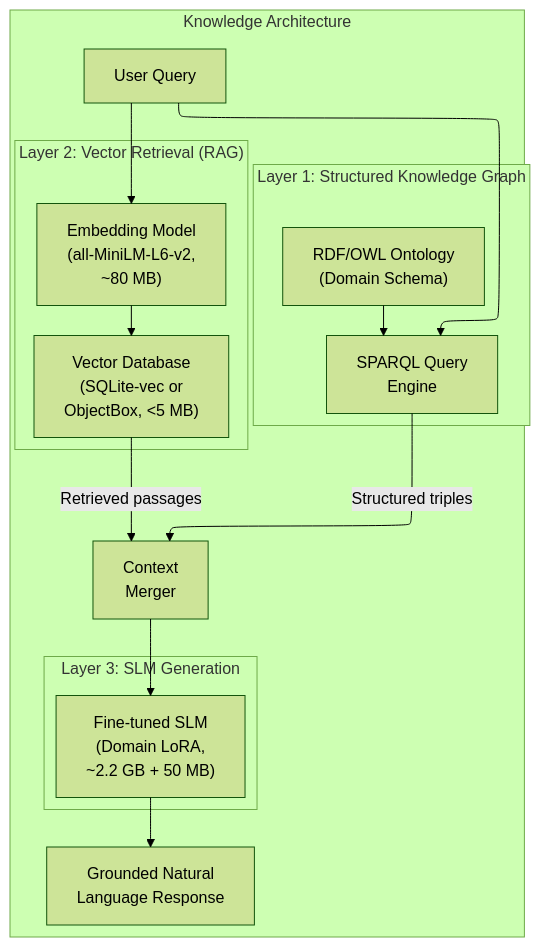
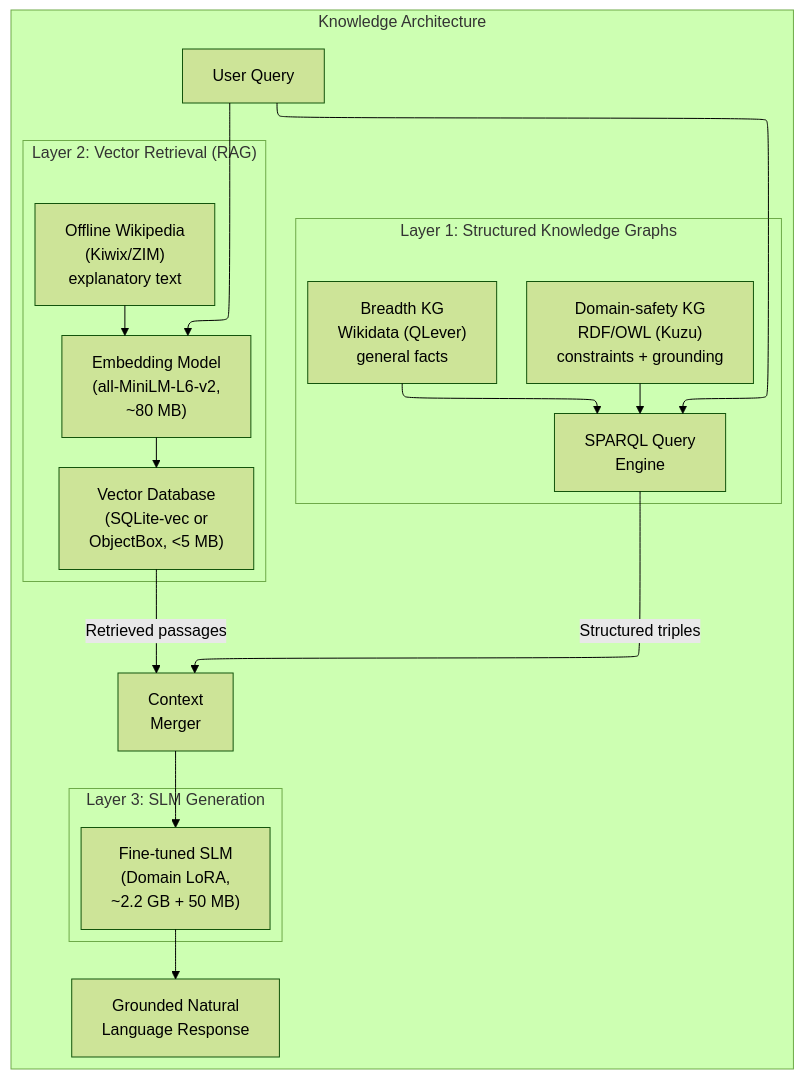
The ninth of 19 diagrams in Centaurian_Architecture_v3.md (JustForCodin/Centaurian_Architecture_Implementation), drawn with Mermaid (forest theme) before and after one commit. The commit also changed other lines of this file and 2 other files, not shown here.

````diff
--- a/Centaurian_Architecture_v3.md
+++ b/Centaurian_Architecture_v3.md
@@ -1021,25 +1029,29 @@
 ```mermaid
 %%{init: {"flowchart": {"defaultRenderer": "elk"}} }%%
 graph TD
     subgraph "Knowledge Architecture"
-        subgraph "Layer 1: Structured Knowledge Graph"
-            KG["RDF/OWL Ontology<br/>(Domain Schema)"]
+        subgraph "Layer 1: Structured Knowledge Graphs"
+            KG["Domain-safety KG<br/>RDF/OWL (Kuzu)<br/>constraints + grounding"]
+            WD["Breadth KG<br/>Wikidata (QLever)<br/>general facts"]
             SPARQL["SPARQL Query<br/>Engine"]
             KG --> SPARQL
+            WD --> SPARQL
         end
         subgraph "Layer 2: Vector Retrieval (RAG)"
+            ZIM["Offline Wikipedia<br/>(Kiwix/ZIM)<br/>explanatory text"]
             EMBED["Embedding Model<br/>(all-MiniLM-L6-v2,<br/>~80 MB)"]
             VDB["Vector Database<br/>(SQLite-vec or<br/>ObjectBox, <5 MB)"]
+            ZIM --> EMBED
             EMBED --> VDB
         end
         subgraph "Layer 3: SLM Generation"
             SLM_G["Fine-tuned SLM<br/>(Domain LoRA,<br/>~2.2 GB + 50 MB)"]
         end
         QUERY["User Query"] --> SPARQL
         QUERY --> EMBED
         SPARQL -->|"Structured triples"| MERGE["Context<br/>Merger"]
         VDB -->|"Retrieved passages"| MERGE
         MERGE --> SLM_G
         SLM_G --> OUTPUT["Grounded Natural<br/>Language Response"]
     end
 ```
````
